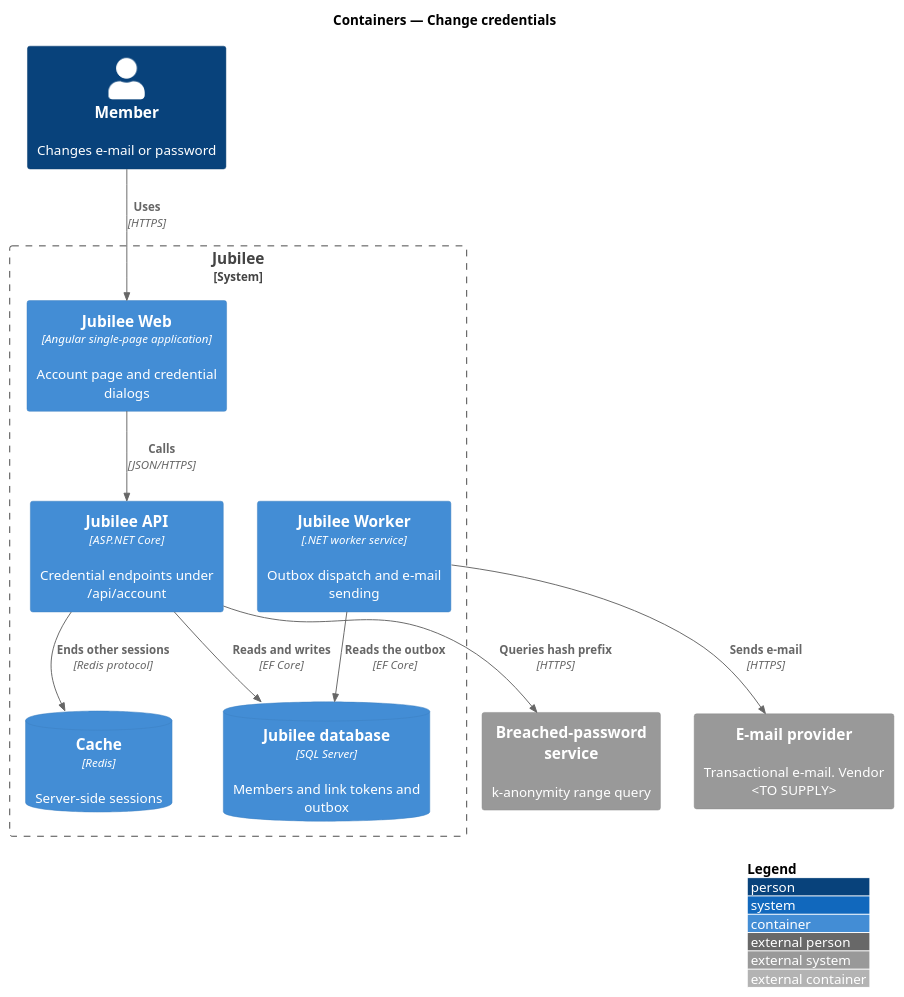
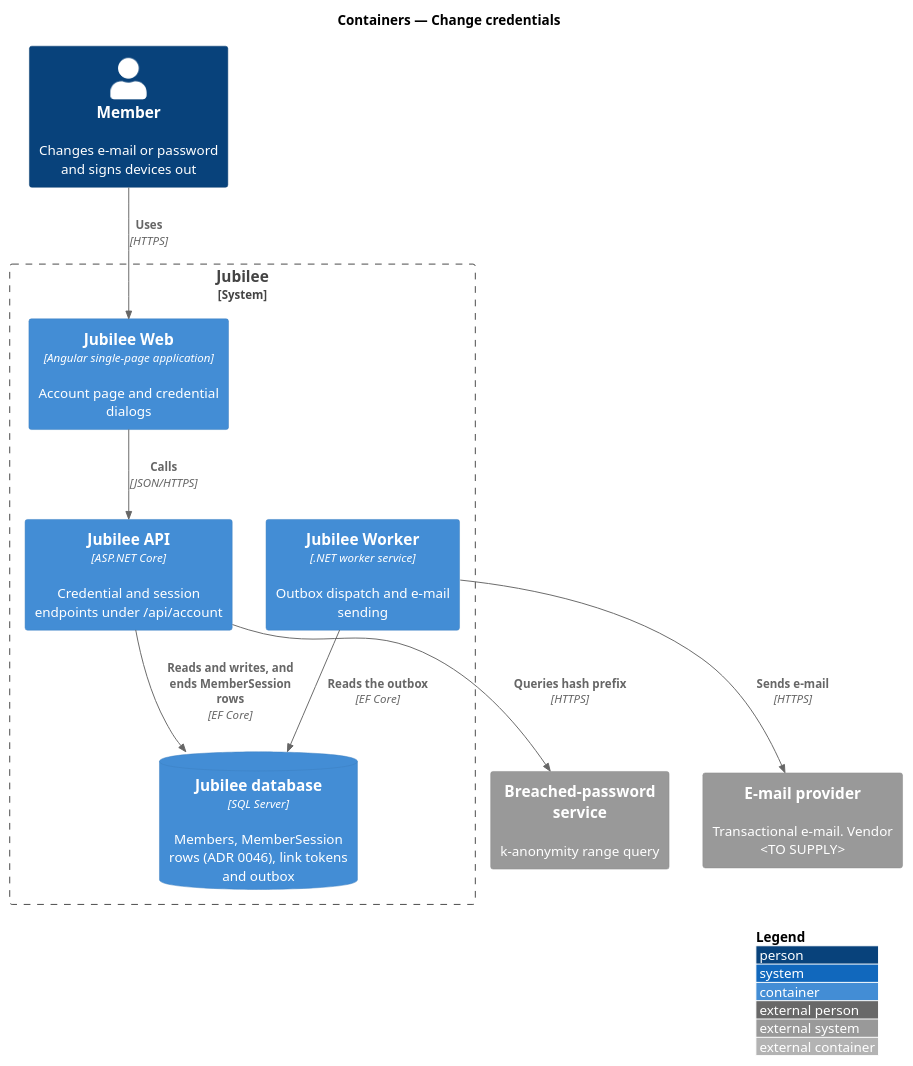
One commit to QuinntyneBrown/jubilee changed the diagram in docs/detailed-designs/accounts/change-credentials/diagrams/c4-container.puml. Above: the diagram before and after it, drawn with PlantUML. The commit also changed 30 other files, not shown here.

```diff
--- a/docs/detailed-designs/accounts/change-credentials/diagrams/c4-container.puml
+++ b/docs/detailed-designs/accounts/change-credentials/diagrams/c4-container.puml
@@ -1,25 +1,23 @@
 @startuml
 !include <C4/C4_Container>
 LAYOUT_WITH_LEGEND()
 title Containers — Change credentials
 
 
-Person(member, "Member", "Changes e-mail or password")
+Person(member, "Member", "Changes e-mail or password and signs devices out")
 System_Boundary(jubilee, "Jubilee") {
   Container(web, "Jubilee Web", "Angular single-page application", "Account page and credential dialogs")
-  Container(api, "Jubilee API", "ASP.NET Core", "Credential endpoints under /api/account")
+  Container(api, "Jubilee API", "ASP.NET Core", "Credential and session endpoints under /api/account")
   Container(worker, "Jubilee Worker", ".NET worker service", "Outbox dispatch and e-mail sending")
-  ContainerDb(db, "Jubilee database", "SQL Server", "Members and link tokens and outbox")
-  ContainerDb(cache, "Cache", "Redis", "Server-side sessions")
+  ContainerDb(db, "Jubilee database", "SQL Server", "Members, MemberSession rows (ADR 0046), link tokens and outbox")
 }
 System_Ext(email, "E-mail provider", "Transactional e-mail. Vendor <TO SUPPLY>")
 System_Ext(breach, "Breached-password service", "k-anonymity range query")
 
 Rel(member, web, "Uses", "HTTPS")
 Rel(web, api, "Calls", "JSON/HTTPS")
-Rel(api, db, "Reads and writes", "EF Core")
-Rel(api, cache, "Ends other sessions", "Redis protocol")
+Rel(api, db, "Reads and writes, and ends MemberSession rows", "EF Core")
 Rel(api, breach, "Queries hash prefix", "HTTPS")
 Rel(worker, db, "Reads the outbox", "EF Core")
 Rel(worker, email, "Sends e-mail", "HTTPS")
 @enduml
```
